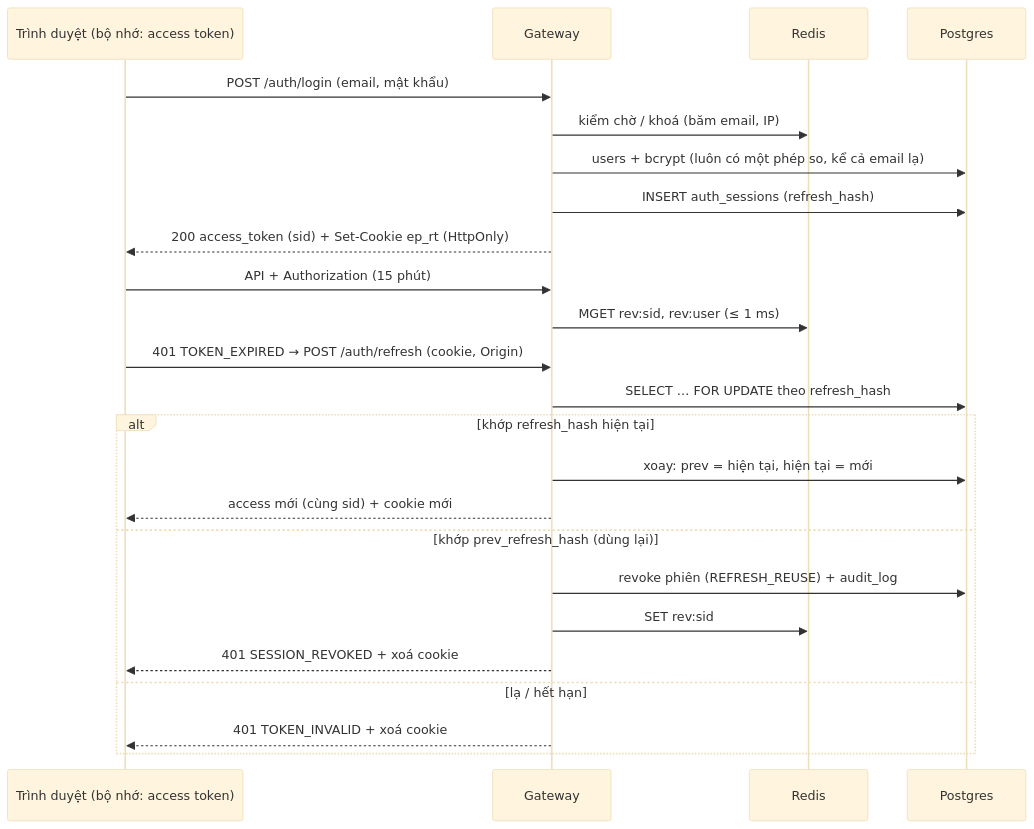
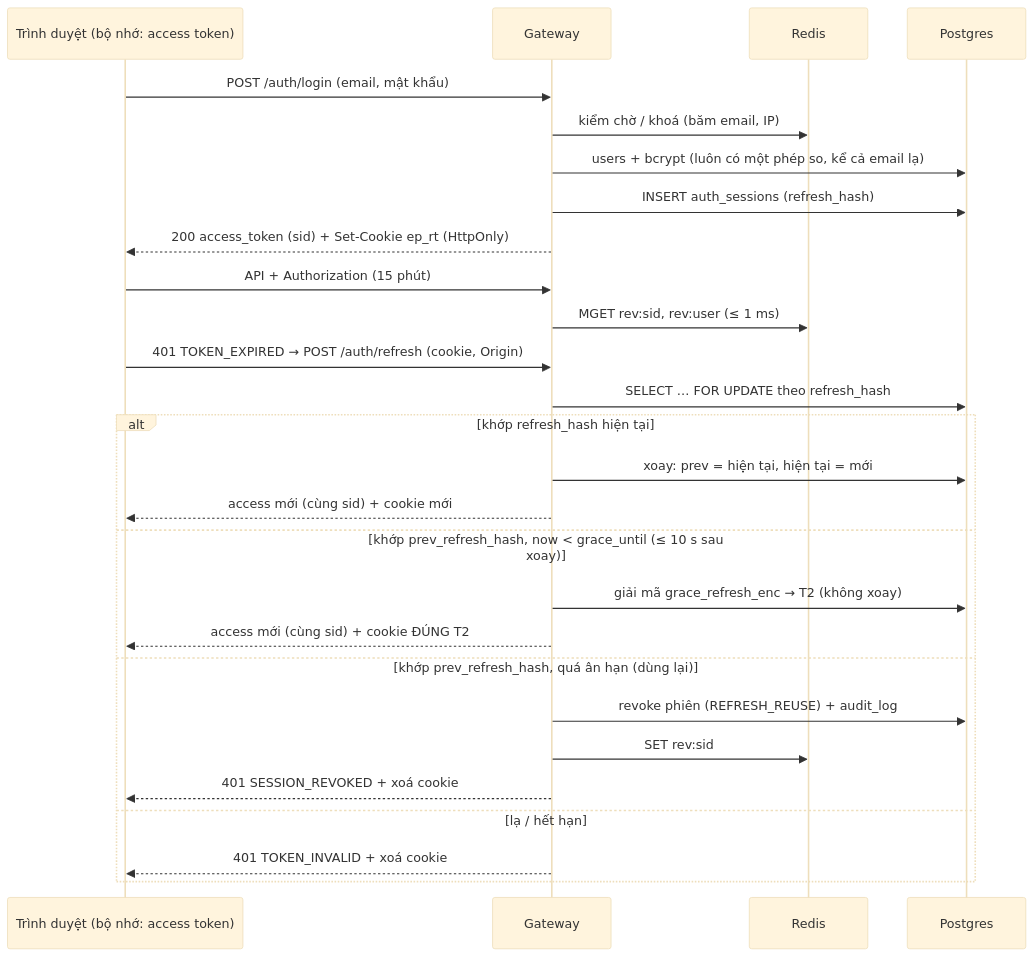
The first of 3 diagrams in docs/specs/FEAT-account-security/SRS.md (kagamikuro1024/EduPilot-v2), drawn with Mermaid (base theme) before and after one commit. The commit also changed other lines of this file and 3 other files, not shown here.

Commit message:
11: BA P-11-140: an han 10 s khi xoay refresh token (SRS 4.1/5.2/8.1, US-P2-02 AC4/AC4a/AC4b/AC9, Q9)

````diff
--- a/docs/specs/FEAT-account-security/SRS.md
+++ b/docs/specs/FEAT-account-security/SRS.md
@@ -48,26 +50,29 @@
 ```mermaid
 sequenceDiagram
   participant B as Trình duyệt (bộ nhớ: access token)
   participant G as Gateway
   participant R as Redis
   participant D as Postgres
   B->>G: POST /auth/login (email, mật khẩu)
   G->>R: kiểm chờ / khoá (băm email, IP)
   G->>D: users + bcrypt (luôn có một phép so, kể cả email lạ)
   G->>D: INSERT auth_sessions (refresh_hash)
   G-->>B: 200 access_token (sid) + Set-Cookie ep_rt (HttpOnly)
   B->>G: API + Authorization (15 phút)
   G->>R: MGET rev:sid, rev:user (≤ 1 ms)
   B->>G: 401 TOKEN_EXPIRED → POST /auth/refresh (cookie, Origin)
   G->>D: SELECT … FOR UPDATE theo refresh_hash
   alt khớp refresh_hash hiện tại
     G->>D: xoay: prev = hiện tại, hiện tại = mới
     G-->>B: access mới (cùng sid) + cookie mới
-  else khớp prev_refresh_hash (dùng lại)
+  else khớp prev_refresh_hash, now < grace_until (≤ 10 s sau xoay)
+    G->>D: giải mã grace_refresh_enc → T2 (không xoay)
+    G-->>B: access mới (cùng sid) + cookie ĐÚNG T2
+  else khớp prev_refresh_hash, quá ân hạn (dùng lại)
     G->>D: revoke phiên (REFRESH_REUSE) + audit_log
     G->>R: SET rev:sid
     G-->>B: 401 SESSION_REVOKED + xoá cookie
   else lạ / hết hạn
     G-->>B: 401 TOKEN_INVALID + xoá cookie
   end
 ```
````
